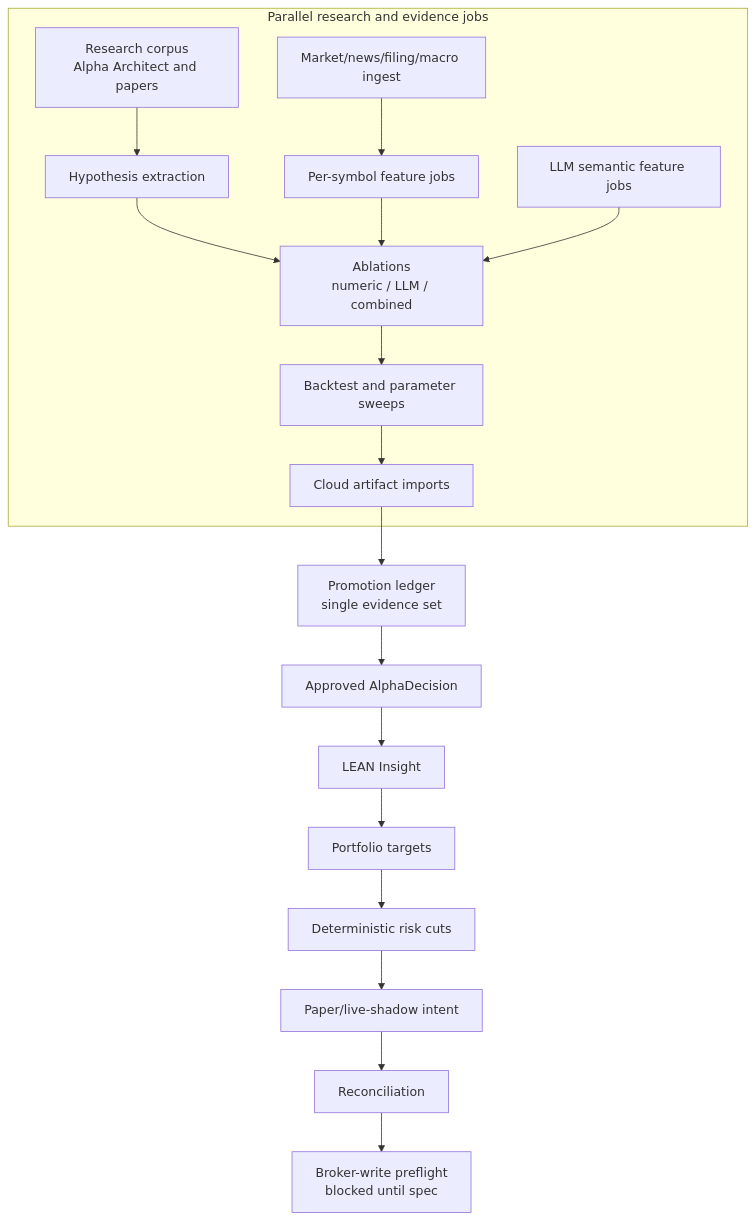
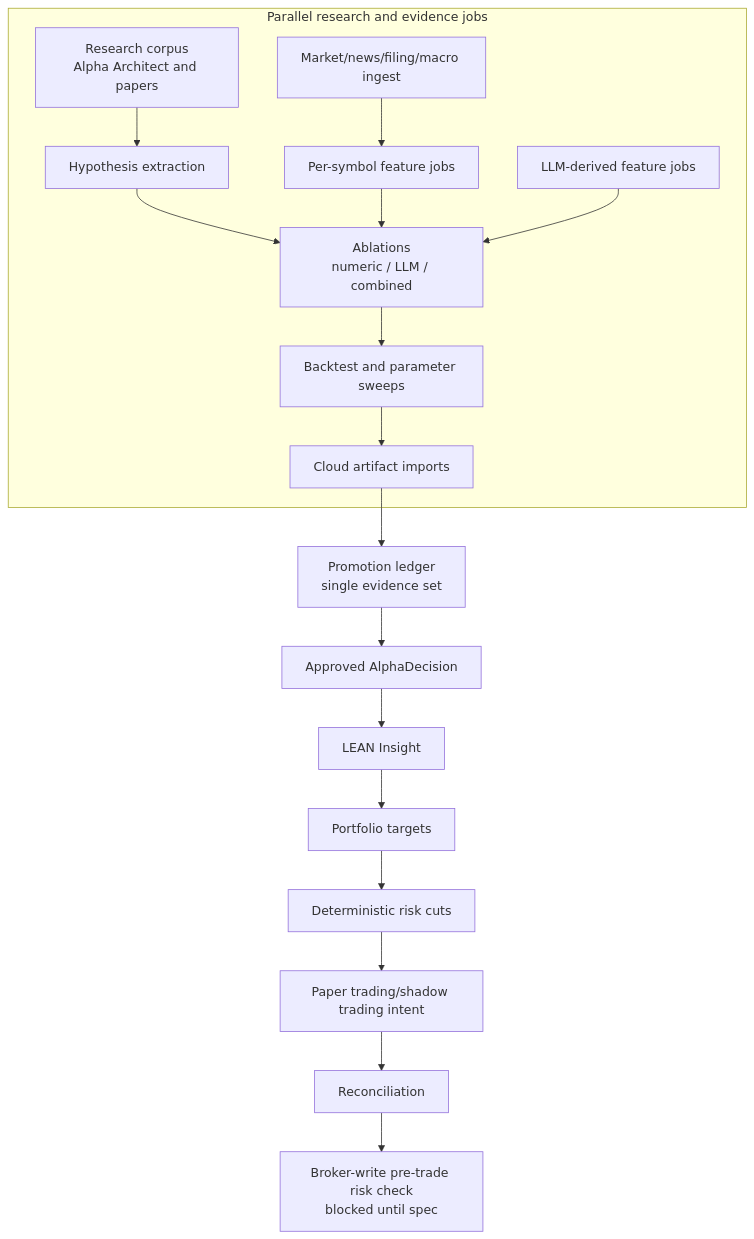
The diagram in SPEC.md (gigio1023/lincei-quant-research-engine), drawn with Mermaid before and after one commit. The commit also changed other lines of this file and 83 other files, not shown here.

````diff
--- a/SPEC.md
+++ b/SPEC.md
@@ -109,30 +109,30 @@
 ```mermaid
 flowchart TB
     subgraph PAR["Parallel research and evidence jobs"]
         CORPUS["Research corpus<br/>Alpha Architect and papers"]
         HYP["Hypothesis extraction"]
         DATA["Market/news/filing/macro ingest"]
         FEAT["Per-symbol feature jobs"]
-        LLM["LLM semantic feature jobs"]
+        LLM["LLM-derived feature jobs"]
         ABL["Ablations<br/>numeric / LLM / combined"]
         BT["Backtest and parameter sweeps"]
         CLOUD["Cloud artifact imports"]
     end
 
     CORPUS --> HYP
     DATA --> FEAT
     HYP --> ABL
     FEAT --> ABL
     LLM --> ABL
     ABL --> BT
     BT --> CLOUD
 
     CLOUD --> LEDGER["Promotion ledger<br/>single evidence set"]
     LEDGER --> ALPHA["Approved AlphaDecision"]
     ALPHA --> LEAN["LEAN Insight"]
     LEAN --> TARGET["Portfolio targets"]
     TARGET --> RISK["Deterministic risk cuts"]
-    RISK --> PAPER["Paper/live-shadow intent"]
+    RISK --> PAPER["Paper trading/shadow trading intent"]
     PAPER --> RECON["Reconciliation"]
-    RECON --> PREFLIGHT["Broker-write preflight<br/>blocked until spec"]
+    RECON --> PREFLIGHT["Broker-write pre-trade risk check<br/>blocked until spec"]
 ```
````
